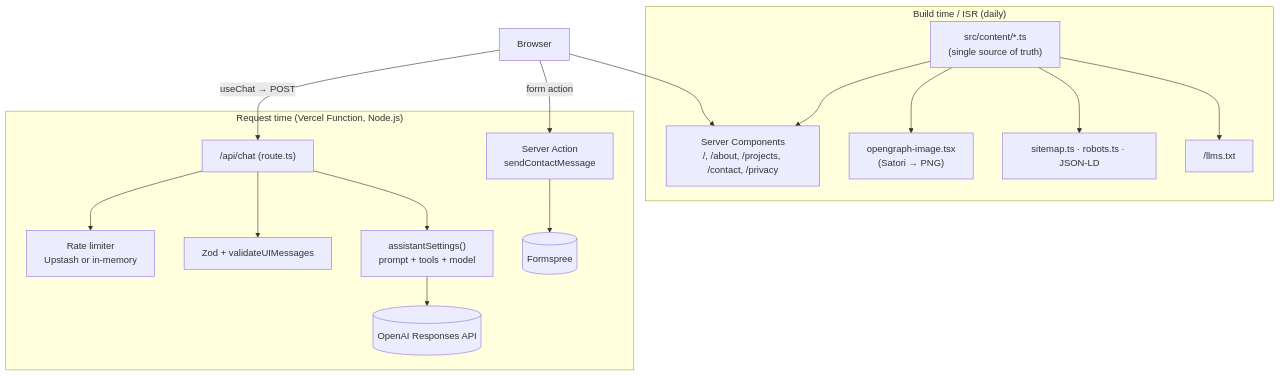
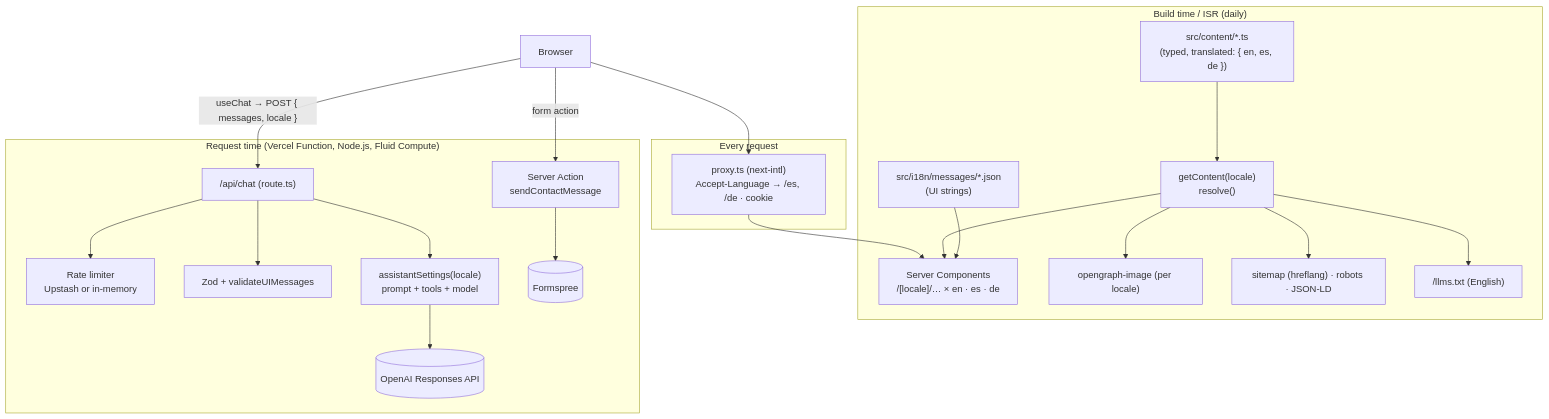
The diagram in docs/ARCHITECTURE.md (lintenn/my-portfolio), drawn with Mermaid before and after one commit. The commit also changed other lines of this file and 101 other files, not shown here.

````diff
--- a/docs/ARCHITECTURE.md
+++ b/docs/ARCHITECTURE.md
@@ -10,19 +10,24 @@
 ```mermaid
 flowchart TB
   subgraph Build["Build time / ISR (daily)"]
-    C["src/content/*.ts<br/>(single source of truth)"] --> RSC["Server Components<br/>/, /about, /projects, /contact, /privacy"]
-    C --> OG["opengraph-image.tsx<br/>(Satori → PNG)"]
-    C --> SEO["sitemap.ts · robots.ts · JSON-LD"]
-    C --> LLMS["/llms.txt"]
+    C["src/content/*.ts<br/>(typed, translated: { en, es, de })"] --> R["getContent(locale)<br/>resolve()"]
+    M["src/i18n/messages/*.json<br/>(UI strings)"] --> RSC
+    R --> RSC["Server Components<br/>/[locale]/…  × en · es · de"]
+    R --> OG["opengraph-image (per locale)"]
+    R --> SEO["sitemap (hreflang) · robots · JSON-LD"]
+    R --> LLMS["/llms.txt (English)"]
   end
-  subgraph Runtime["Request time (Vercel Function, Node.js)"]
+  subgraph Edge["Every request"]
+    P["proxy.ts (next-intl)<br/>Accept-Language → /es, /de · cookie"]
+  end
+  subgraph Runtime["Request time (Vercel Function, Node.js, Fluid Compute)"]
     API["/api/chat (route.ts)"] --> RL["Rate limiter<br/>Upstash or in-memory"]
     API --> V["Zod + validateUIMessages"]
-    API --> A["assistantSettings()<br/>prompt + tools + model"]
+    API --> A["assistantSettings(locale)<br/>prompt + tools + model"]
     A --> OAI[(OpenAI Responses API)]
     SA["Server Action<br/>sendContactMessage"] --> FS[(Formspree)]
   end
-  Browser["Browser"] --> RSC
-  Browser -- "useChat → POST" --> API
+  Browser["Browser"] --> P --> RSC
+  Browser -- "useChat → POST { messages, locale }" --> API
   Browser -- "form action" --> SA
 ```
````
